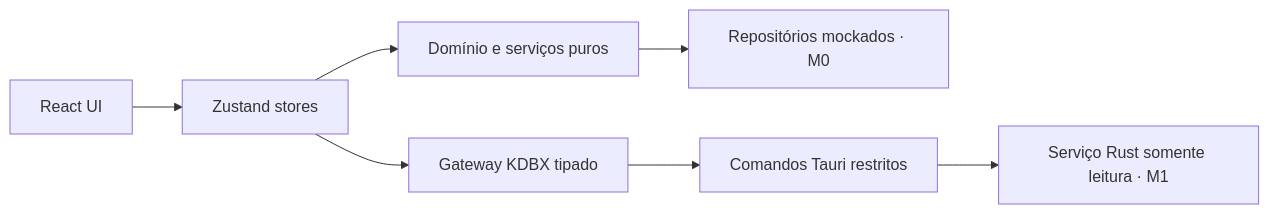
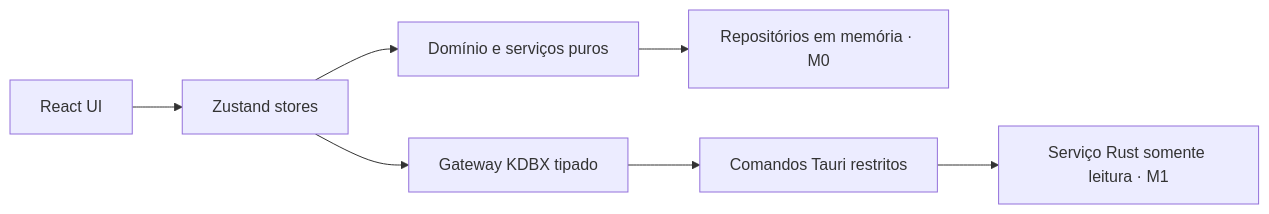
The diagram in README.md (johnnymeunome/MyVault), drawn with Mermaid before and after one commit. The commit also changed other lines of this file and 8 other files, not shown here.

````diff
--- a/README.md
+++ b/README.md
@@ -214,9 +175,9 @@
 ```mermaid
 flowchart LR
     UI["React UI"] --> Store["Zustand stores"]
     Store --> Domain["Domínio e serviços puros"]
-    Domain --> Mock["Repositórios mockados · M0"]
+    Domain --> Mock["Repositórios em memória · M0"]
     Store --> Gateway["Gateway KDBX tipado"]
     Gateway --> Bridge["Comandos Tauri restritos"]
     Bridge --> Core["Serviço Rust somente leitura · M1"]
 ```
````
